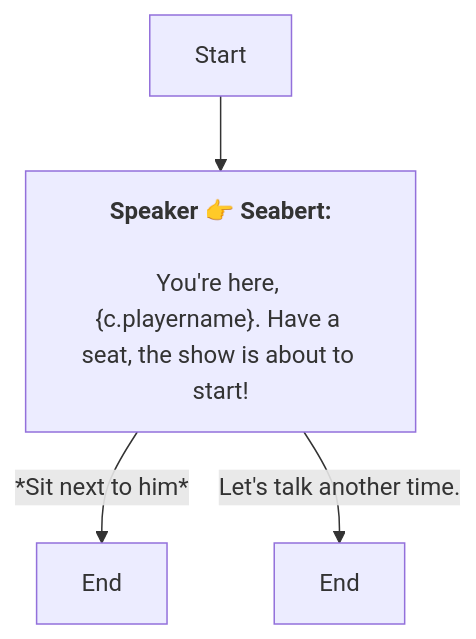
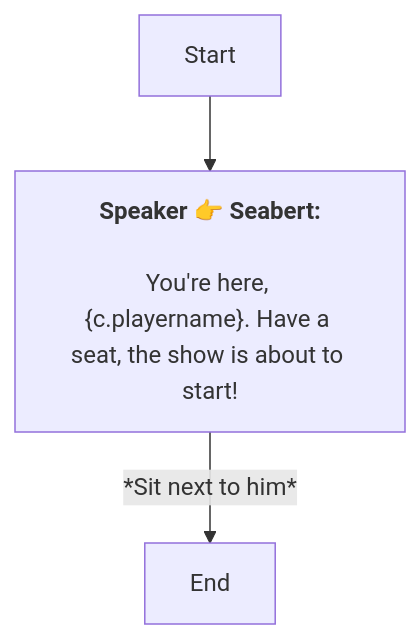
The diagram in En/QuestStartTalkENode_1753932806842204.md (SoftHu/tos_avg), drawn with Mermaid before and after one commit. The commit also changed 780 other files, not shown here.

````diff
--- a/En/QuestStartTalkENode_1753932806842204.md
+++ b/En/QuestStartTalkENode_1753932806842204.md
@@ -1,8 +1,7 @@
 ```mermaid
 graph
 Start -->1753932836608863[<b>Speaker 👉 Seabert:</b>
 \nYou're here, &lbrace;c.playername&rbrace;. Have a seat, the show is about to start!]
 1753932836608863 -->|*Sit next to him*|1753933123549030[End]
-1753932836608863 -->|Let's talk another time.|1753933129887591[End]
 
 ```
````
